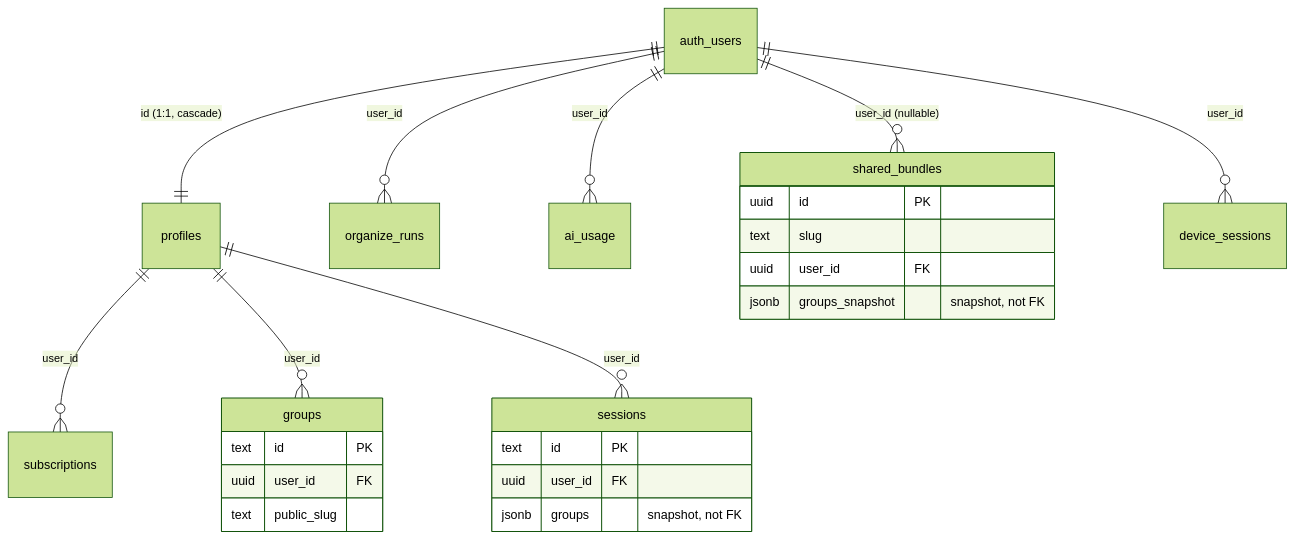
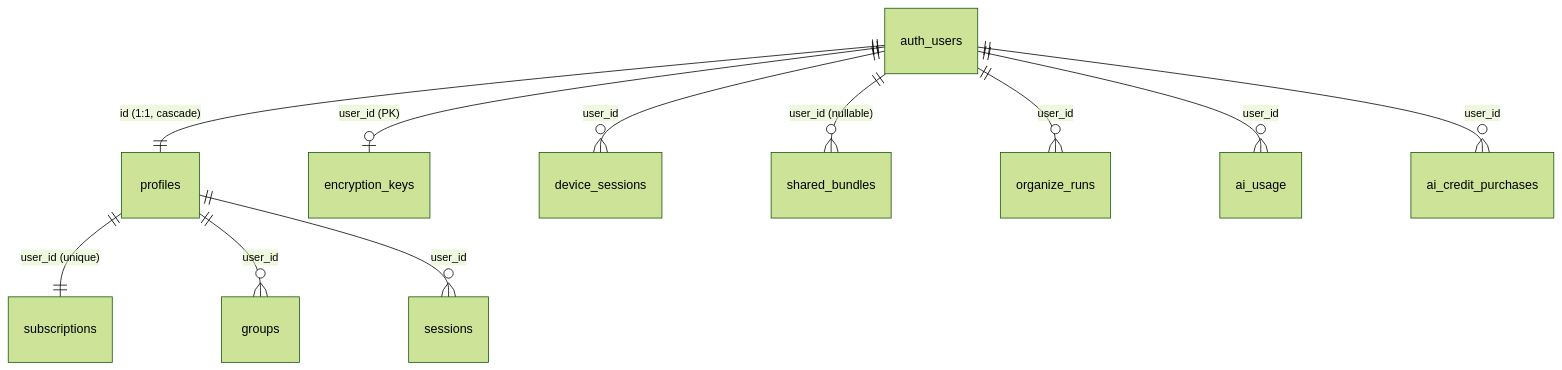
One commit to lbragile/TabMerger changed the diagram in docs/database-schema.md. Above: the diagram before and after it, drawn with Mermaid (forest theme). The commit also changed other lines of this file and 4 other files, not shown here.

First line of the commit message:
docs: bring architecture, database and roadmap docs up to date

````diff
--- a/docs/database-schema.md
+++ b/docs/database-schema.md
@@ -264,28 +226,13 @@
 ```mermaid
 erDiagram
     auth_users ||--|| profiles : "id (1:1, cascade)"
-    profiles ||--o{ subscriptions : "user_id"
+    profiles ||--|| subscriptions : "user_id (unique)"
     profiles ||--o{ groups : "user_id"
     profiles ||--o{ sessions : "user_id"
+    auth_users ||--o| encryption_keys : "user_id (PK)"
+    auth_users ||--o{ device_sessions : "user_id"
+    auth_users ||--o{ shared_bundles : "user_id (nullable)"
     auth_users ||--o{ organize_runs : "user_id"
     auth_users ||--o{ ai_usage : "user_id"
-    auth_users ||--o{ shared_bundles : "user_id (nullable)"
-    auth_users ||--o{ device_sessions : "user_id"
-
-    groups {
-        text id PK
-        uuid user_id FK
-        text public_slug
-    }
-    sessions {
-        text id PK
-        uuid user_id FK
-        jsonb groups "snapshot, not FK"
-    }
-    shared_bundles {
-        uuid id PK
-        text slug
-        uuid user_id FK
-        jsonb groups_snapshot "snapshot, not FK"
-    }
+    auth_users ||--o{ ai_credit_purchases : "user_id"
 ```
````
